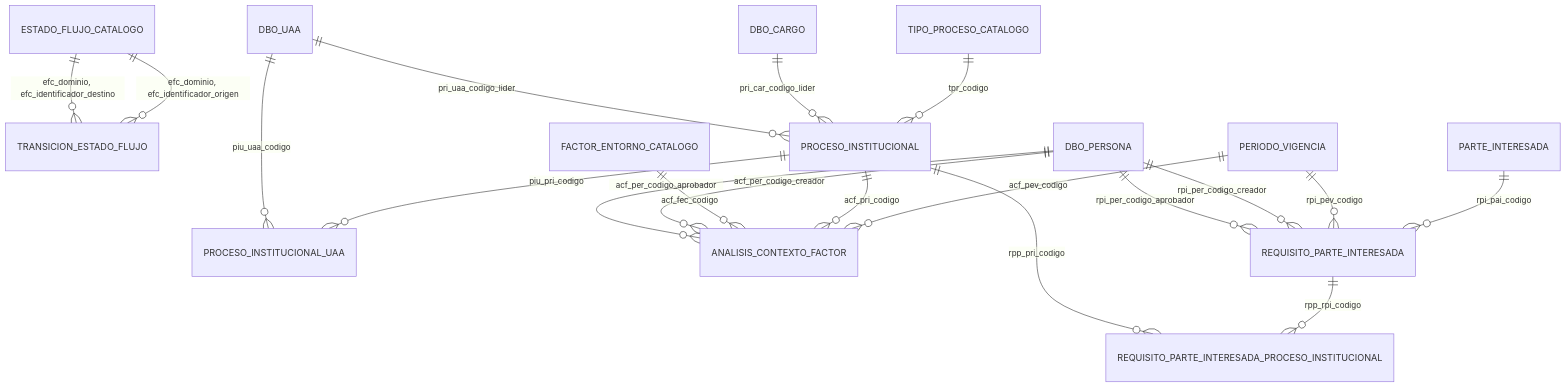
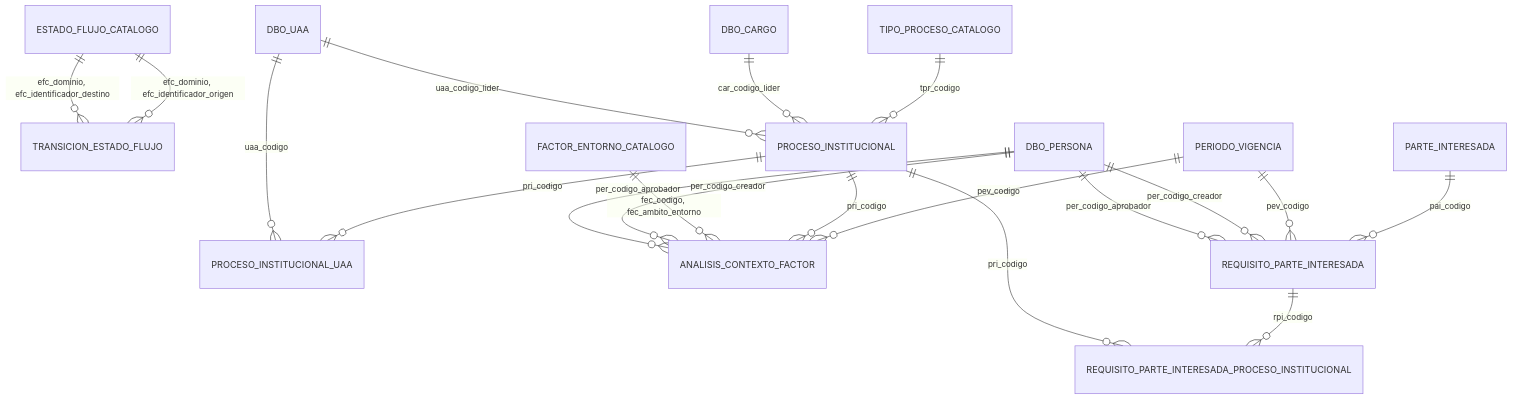
One commit to jujcgu/programacion-academica changed the second of 8 diagrams in ESPECIFICACION_ARQUITECTURA_SGSPI.md. Above: the diagram before and after it, drawn with Mermaid. The commit also changed other lines of this file, not shown here.

````diff
--- a/ESPECIFICACION_ARQUITECTURA_SGSPI.md
+++ b/ESPECIFICACION_ARQUITECTURA_SGSPI.md
@@ -275,24 +275,24 @@
 ```mermaid
 erDiagram
     ESTADO_FLUJO_CATALOGO ||--o{ TRANSICION_ESTADO_FLUJO : "efc_dominio, efc_identificador_origen"
     ESTADO_FLUJO_CATALOGO ||--o{ TRANSICION_ESTADO_FLUJO : "efc_dominio, efc_identificador_destino"
 
     TIPO_PROCESO_CATALOGO ||--o{ PROCESO_INSTITUCIONAL : "tpr_codigo"
-    DBO_CARGO ||--o{ PROCESO_INSTITUCIONAL : "pri_car_codigo_lider"
-    DBO_UAA ||--o{ PROCESO_INSTITUCIONAL : "pri_uaa_codigo_lider"
-    PROCESO_INSTITUCIONAL ||--o{ PROCESO_INSTITUCIONAL_UAA : "piu_pri_codigo"
-    DBO_UAA ||--o{ PROCESO_INSTITUCIONAL_UAA : "piu_uaa_codigo"
+    DBO_CARGO ||--o{ PROCESO_INSTITUCIONAL : "car_codigo_lider"
+    DBO_UAA ||--o{ PROCESO_INSTITUCIONAL : "uaa_codigo_lider"
+    PROCESO_INSTITUCIONAL ||--o{ PROCESO_INSTITUCIONAL_UAA : "pri_codigo"
+    DBO_UAA ||--o{ PROCESO_INSTITUCIONAL_UAA : "uaa_codigo"
 
-    PERIODO_VIGENCIA ||--o{ ANALISIS_CONTEXTO_FACTOR : "acf_pev_codigo"
-    PROCESO_INSTITUCIONAL ||--o{ ANALISIS_CONTEXTO_FACTOR : "acf_pri_codigo"
-    FACTOR_ENTORNO_CATALOGO ||--o{ ANALISIS_CONTEXTO_FACTOR : "acf_fec_codigo"
-    DBO_PERSONA ||--o{ ANALISIS_CONTEXTO_FACTOR : "acf_per_codigo_creador"
-    DBO_PERSONA ||--o{ ANALISIS_CONTEXTO_FACTOR : "acf_per_codigo_aprobador"
+    PERIODO_VIGENCIA ||--o{ ANALISIS_CONTEXTO_FACTOR : "pev_codigo"
+    PROCESO_INSTITUCIONAL ||--o{ ANALISIS_CONTEXTO_FACTOR : "pri_codigo"
+    FACTOR_ENTORNO_CATALOGO ||--o{ ANALISIS_CONTEXTO_FACTOR : "fec_codigo, fec_ambito_entorno"
+    DBO_PERSONA ||--o{ ANALISIS_CONTEXTO_FACTOR : "per_codigo_creador"
+    DBO_PERSONA ||--o{ ANALISIS_CONTEXTO_FACTOR : "per_codigo_aprobador"
 
-    PARTE_INTERESADA ||--o{ REQUISITO_PARTE_INTERESADA : "rpi_pai_codigo"
-    PERIODO_VIGENCIA ||--o{ REQUISITO_PARTE_INTERESADA : "rpi_pev_codigo"
-    DBO_PERSONA ||--o{ REQUISITO_PARTE_INTERESADA : "rpi_per_codigo_creador"
-    DBO_PERSONA ||--o{ REQUISITO_PARTE_INTERESADA : "rpi_per_codigo_aprobador"
-    REQUISITO_PARTE_INTERESADA ||--o{ REQUISITO_PARTE_INTERESADA_PROCESO_INSTITUCIONAL : "rpp_rpi_codigo"
-    PROCESO_INSTITUCIONAL ||--o{ REQUISITO_PARTE_INTERESADA_PROCESO_INSTITUCIONAL : "rpp_pri_codigo"
+    PARTE_INTERESADA ||--o{ REQUISITO_PARTE_INTERESADA : "pai_codigo"
+    PERIODO_VIGENCIA ||--o{ REQUISITO_PARTE_INTERESADA : "pev_codigo"
+    DBO_PERSONA ||--o{ REQUISITO_PARTE_INTERESADA : "per_codigo_creador"
+    DBO_PERSONA ||--o{ REQUISITO_PARTE_INTERESADA : "per_codigo_aprobador"
+    REQUISITO_PARTE_INTERESADA ||--o{ REQUISITO_PARTE_INTERESADA_PROCESO_INSTITUCIONAL : "rpi_codigo"
+    PROCESO_INSTITUCIONAL ||--o{ REQUISITO_PARTE_INTERESADA_PROCESO_INSTITUCIONAL : "pri_codigo"
 ```
````
